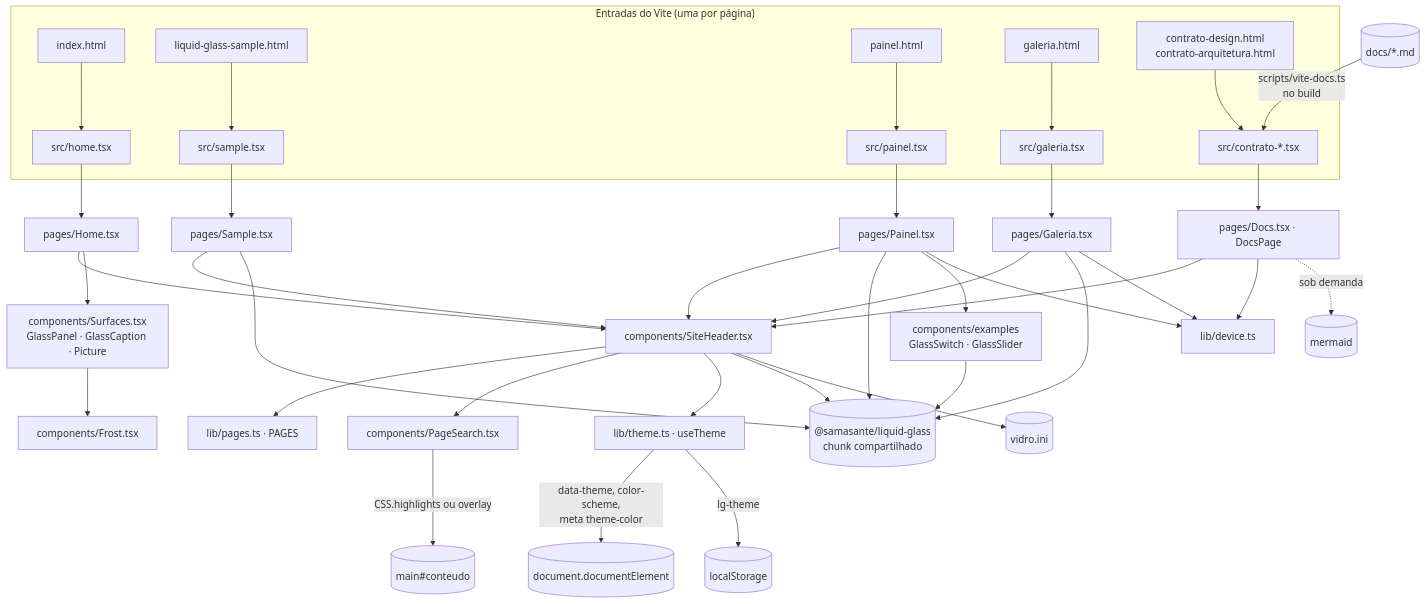
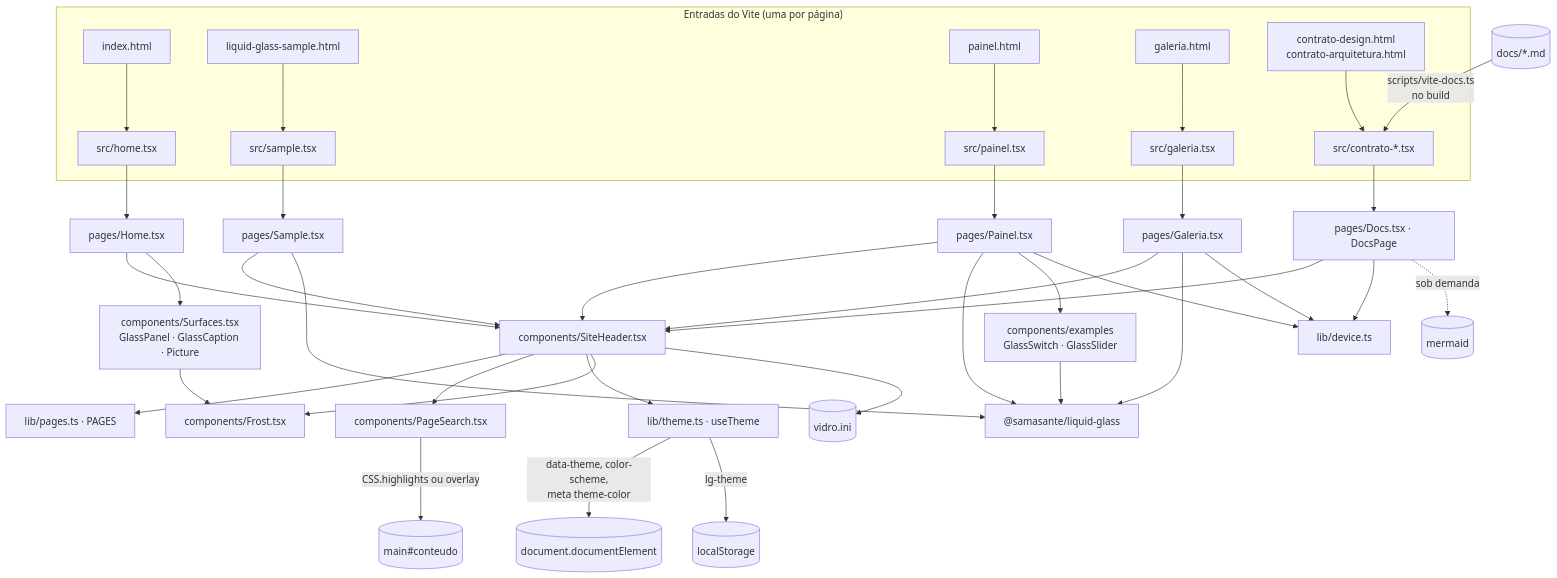
One commit to romastefale/HTML changed the diagram in docs/ARQUITETURA.md. Above: the diagram before and after it, drawn with Mermaid. The commit also changed other lines of this file and 6 other files, not shown here.

````diff
--- a/docs/ARQUITETURA.md
+++ b/docs/ARQUITETURA.md
@@ -176,43 +176,43 @@
 ```mermaid
 flowchart TD
   subgraph Entradas["Entradas do Vite (uma por página)"]
     IH["index.html"] --> HT["src/home.tsx"]
     SH["liquid-glass-sample.html"] --> ST["src/sample.tsx"]
     PH["painel.html"] --> PT["src/painel.tsx"]
     GH["galeria.html"] --> GT["src/galeria.tsx"]
     CH["contrato-design.html<br/>contrato-arquitetura.html"] --> CT["src/contrato-*.tsx"]
   end
   HT --> HOME["pages/Home.tsx"]
   ST --> SAMPLE["pages/Sample.tsx"]
   PT --> PAINEL["pages/Painel.tsx"]
   GT --> GALERIA["pages/Galeria.tsx"]
   CT --> DOCS["pages/Docs.tsx · DocsPage"]
   MD[("docs/*.md")] -->|"scripts/vite-docs.ts<br/>no build"| CT
 
   HOME --> HEADER["components/SiteHeader.tsx"]
   SAMPLE --> HEADER
   PAINEL --> HEADER
   GALERIA --> HEADER
   DOCS --> HEADER
   HEADER --> NAV["lib/pages.ts · PAGES"]
   HEADER --> SEARCH["components/PageSearch.tsx"]
   HEADER --> THEME["lib/theme.ts · useTheme"]
-  HEADER --> LIB
+  HEADER --> FROST
   HEADER --> INI[("vidro.ini")]
   HOME --> SURF["components/Surfaces.tsx<br/>GlassPanel · GlassCaption · Picture"]
   SURF --> FROST["components/Frost.tsx"]
 
-  SAMPLE --> LIB[("@samasante/liquid-glass<br/>chunk compartilhado")]
+  SAMPLE --> LIB["@samasante/liquid-glass"]
   PAINEL --> LIB
   PAINEL --> EX["components/examples<br/>GlassSwitch · GlassSlider"]
   EX --> LIB
   GALERIA --> LIB
   PAINEL --> DEV["lib/device.ts"]
   GALERIA --> DEV
   DOCS --> DEV
   DOCS -.->|"sob demanda"| MER[("mermaid")]
 
   THEME -->|"data-theme, color-scheme,<br/>meta theme-color"| DOC[("document.documentElement")]
   THEME -->|"lg-theme"| LS[("localStorage")]
   SEARCH -->|"CSS.highlights ou overlay"| MAIN[("main#conteudo")]
 ```
````
